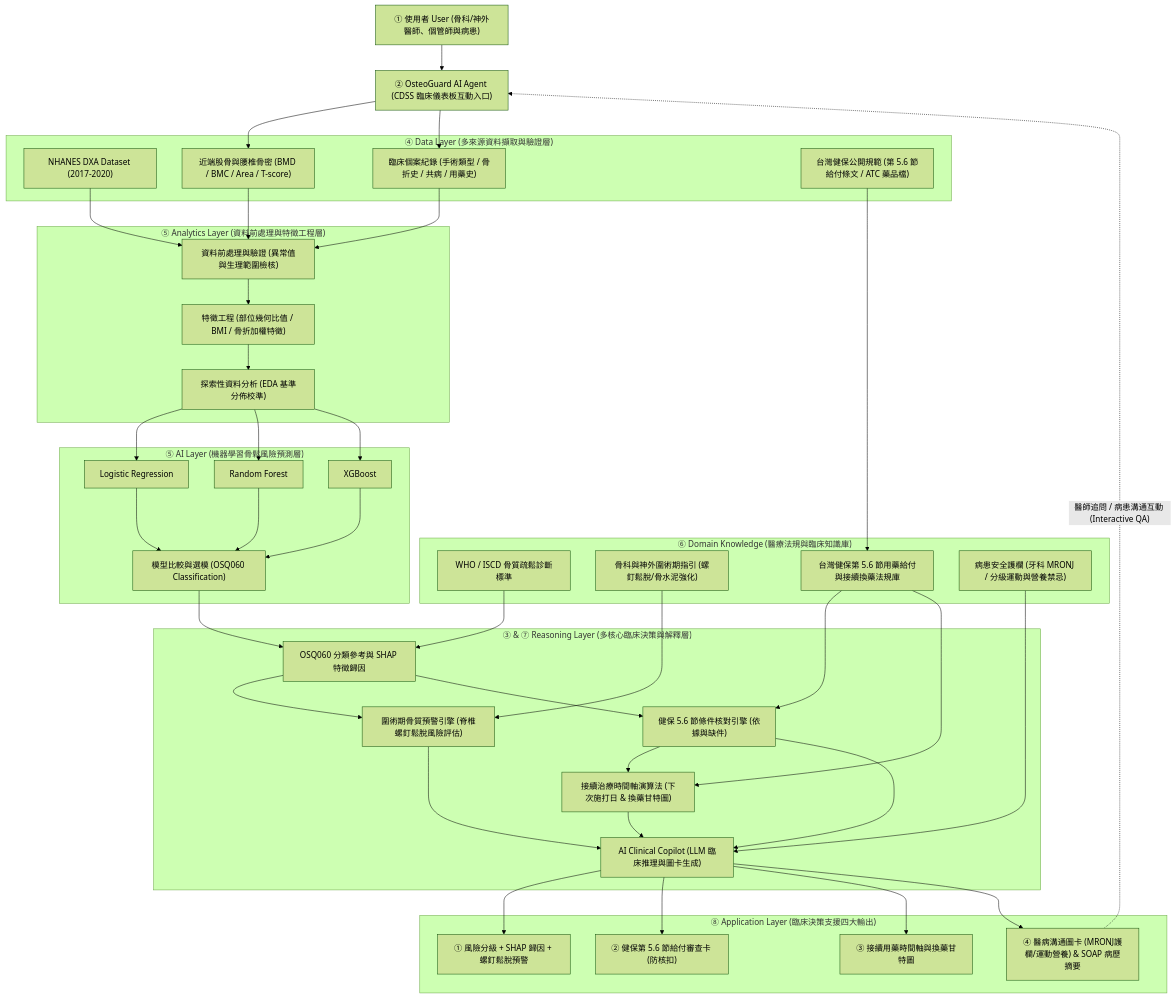
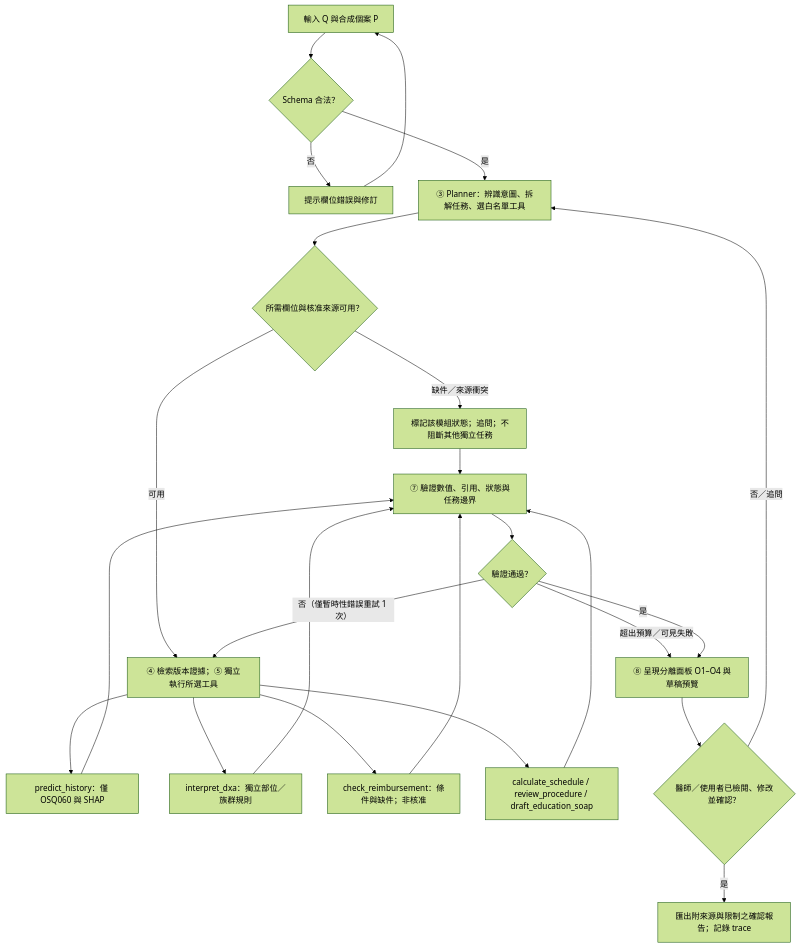
The second of 2 diagrams in DESIGN.md (contemplator/nchu-bone-health-agent), drawn with Mermaid (forest theme) before and after one commit. The commit also changed other lines of this file and 1 other file, not shown here.

````diff
--- a/DESIGN.md
+++ b/DESIGN.md
@@ -47,83 +128,21 @@
 ```mermaid
 flowchart TD
-
-A["① 使用者 User (骨科/神外醫師、個管師與病患)"] --> B["② OsteoGuard AI Agent (CDSS 臨床儀表板互動入口)"]
-
-subgraph Data_Layer ["④ Data Layer (多來源資料擷取與驗證層)"]
-C["NHANES DXA Dataset (2017-2020)"]
-D["近端股骨與腰椎骨密 (BMD / BMC / Area / T-score)"]
-E["臨床個案紀錄 (手術類型 / 骨折史 / 共病 / 用藥史)"]
-F["台灣健保公開規範 (第 5.6 節給付條文 / ATC 藥品檔)"]
-end
-
-subgraph Analytics_Layer ["⑤ Analytics Layer (資料前處理與特徵工程層)"]
-G["資料前處理與驗證 (異常值與生理範圍檢核)"]
-H["特徵工程 (部位幾何比值 / BMI / 骨折加權特徵)"]
-I["探索性資料分析 (EDA 基準分佈校準)"]
-end
-
-subgraph AI_Layer ["⑤ AI Layer (機器學習骨鬆風險預測層)"]
-J["Logistic Regression"]
-K["Random Forest"]
-L["XGBoost"]
-M["模型比較與選模 (OSQ060 Classification)"]
-end
-
-subgraph Domain_Knowledge ["⑥ Domain Knowledge (醫療法規與臨床知識庫)"]
-N["WHO / ISCD 骨質疏鬆診斷標準"]
-O["骨科與神外圍術期指引 (螺釘鬆脫/骨水泥強化)"]
-P["台灣健保第 5.6 節用藥給付與接續換藥法規庫"]
-Q["病患安全護欄 (牙科 MRONJ / 分級運動與營養禁忌)"]
-end
-
-subgraph Reasoning_Layer ["③ & ⑦ Reasoning Layer (多核心臨床決策與解釋層)"]
-R["OSQ060 分類參考與 SHAP 特徵歸因"]
-S["圍術期骨質預警引擎 (脊椎螺釘鬆脫風險評估)"]
-T["健保 5.6 節條件核對引擎 (依據與缺件)"]
-U["接續治療時間軸演算法 (下次施打日 & 換藥甘特圖)"]
-V["AI Clinical Copilot (LLM 臨床推理與圖卡生成)"]
-end
-
-subgraph Application_Layer ["⑧ Application Layer (臨床決策支援四大輸出)"]
-W1["① 風險分級 + SHAP 歸因 + 螺釘鬆脫預警"]
-W2["② 健保第 5.6 節給付審查卡 (防核扣)"]
-W3["③ 接續用藥時間軸與換藥甘特圖"]
-W4["④ 醫病溝通圖卡 (MRONJ護欄/運動營養) & SOAP 病歷摘要"]
-end
-
-B --> D
-B --> E
-C --> G
-D --> G
-E --> G
-F --> P
-
-G --> H --> I
-I --> J
-I --> K
-I --> L
-
-J --> M
-K --> M
-L --> M
-
-M --> R
-N --> R
-O --> S
-P --> T
-P --> U
-Q --> V
-
-R --> S
-R --> T
-T --> U
-S --> V
-T --> V
-U --> V
-
-V --> W1
-V --> W2
-V --> W3
-V --> W4
-W4 -. "醫師追問 / 病患溝通互動 (Interactive QA)" .-> B
+  I["輸入 Q 與合成個案 P"] --> S{"Schema 合法？"}
+  S -- "否" --> C["提示欄位錯誤與修訂"] --> I
+  S -- "是" --> P["③ Planner：辨識意圖、拆解任務、選白名單工具"]
+  P --> E{"所需欄位與核准來源可用？"}
+  E -- "缺件／來源衝突" --> X["標記該模組狀態；追問；不阻斷其他獨立任務"]
+  E -- "可用" --> R["④ 檢索版本證據；⑤ 獨立執行所選工具"]
+  R --> M["predict_history：僅 OSQ060 與 SHAP"]
+  R --> D["interpret_dxa：獨立部位／族群規則"]
+  R --> N["check_reimbursement：條件與缺件；非核准"]
+  R --> T["calculate_schedule / review_procedure / draft_education_soap"]
+  M & D & N & T & X --> V["⑦ 驗證數值、引用、狀態與任務邊界"]
+  V --> F{"驗證通過？"}
+  F -- "否（僅暫時性錯誤重試 1 次）" --> R
+  F -- "超出預算／可見失敗" --> O["⑧ 呈現分離面板 O1–O4 與草稿預覽"]
+  F -- "是" --> O
+  O --> H{"醫師／使用者已檢閱、修改並確認？"}
+  H -- "否／追問" --> P
+  H -- "是" --> Z["匯出附來源與限制之確認報告；記錄 trace"]
 ```
````
